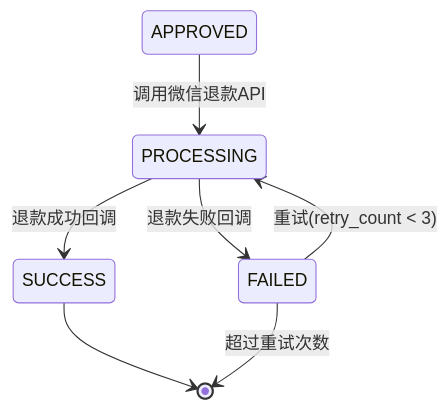
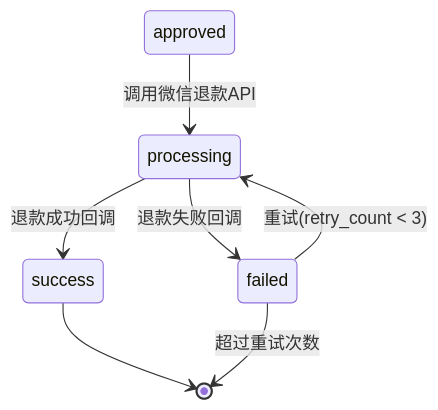
One commit to yiancode/AutoDepositRefundAgent changed the first of 2 diagrams in docs/v1/user-stories/EP05-退款审核.md. Above: the diagram before and after it, drawn with Mermaid. The commit also changed other lines of this file and 2 other files, not shown here.

````diff
--- a/docs/v1/user-stories/EP05-退款审核.md
+++ b/docs/v1/user-stories/EP05-退款审核.md
@@ -325,9 +325,9 @@
 ```mermaid
 stateDiagram-v2
-    APPROVED --> PROCESSING: 调用微信退款API
-    PROCESSING --> SUCCESS: 退款成功回调
-    PROCESSING --> FAILED: 退款失败回调
-    FAILED --> PROCESSING: 重试(retry_count < 3)
-    SUCCESS --> [*]
-    FAILED --> [*]: 超过重试次数
+    approved --> processing: 调用微信退款API
+    processing --> success: 退款成功回调
+    processing --> failed: 退款失败回调
+    failed --> processing: 重试(retry_count < 3)
+    success --> [*]
+    failed --> [*]: 超过重试次数
 ```
````
